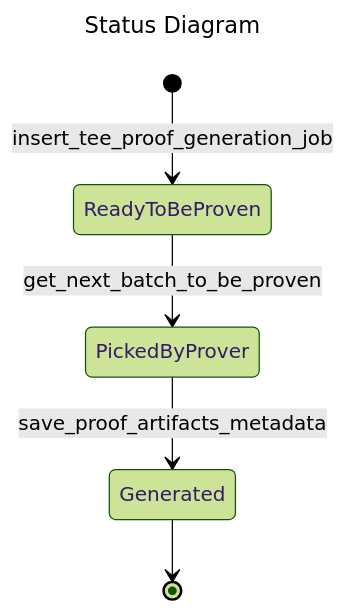
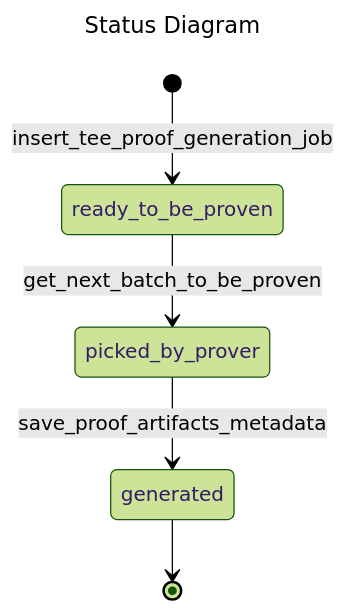
One commit to matter-labs/zksync-era changed the diagram in core/lib/dal/doc/TeeProofGenerationDal.md. Above: the diagram before and after it, drawn with Mermaid (forest theme).

````diff
--- a/core/lib/dal/doc/TeeProofGenerationDal.md
+++ b/core/lib/dal/doc/TeeProofGenerationDal.md
@@ -9,11 +9,11 @@
 ```mermaid
 ---
 title: Status Diagram
 ---
 stateDiagram-v2
-[*] --> ReadyToBeProven : insert_tee_proof_generation_job
-ReadyToBeProven --> PickedByProver : get_next_batch_to_be_proven
-PickedByProver --> Generated : save_proof_artifacts_metadata
-Generated --> [*]
+[*] --> ready_to_be_proven : insert_tee_proof_generation_job
+ready_to_be_proven --> picked_by_prover : get_next_batch_to_be_proven
+picked_by_prover --> generated : save_proof_artifacts_metadata
+generated --> [*]
 
 ```
````
